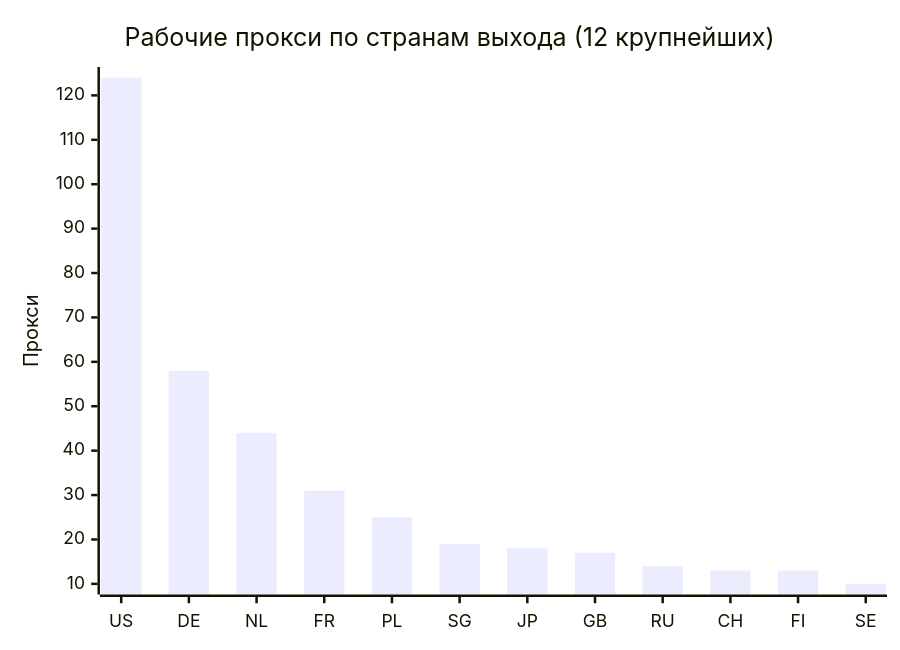
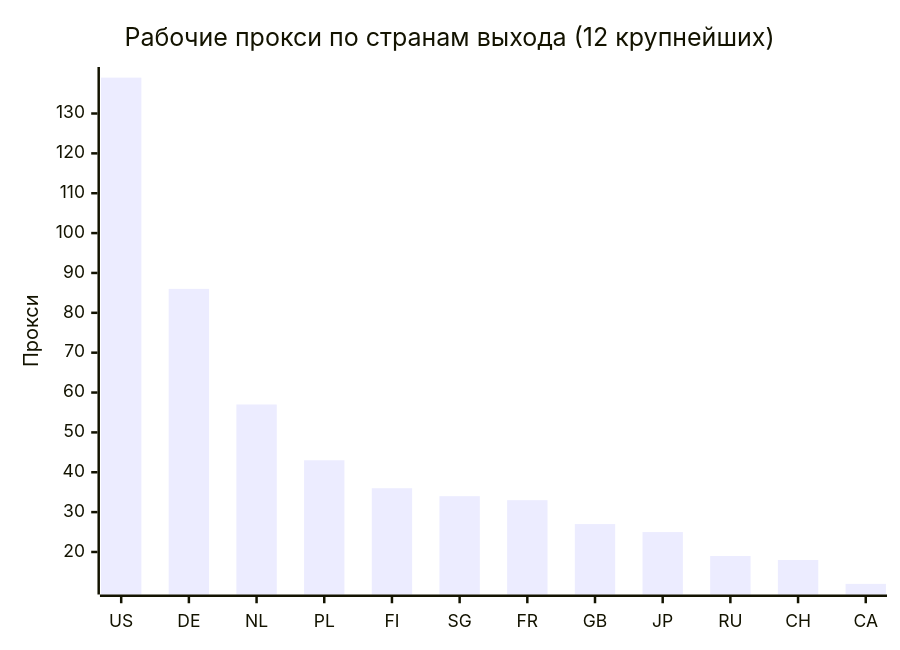
One commit to rvvg/proxy-subs changed the second of 4 diagrams in README.md. Above: the diagram before and after it, drawn with Mermaid. The commit also changed other lines of this file and 54 other files, not shown here.

````diff
--- a/README.md
+++ b/README.md
@@ -130,7 +135,7 @@
 ```mermaid
 xychart-beta
     title "Рабочие прокси по странам выхода (12 крупнейших)"
-    x-axis ["US", "DE", "NL", "FR", "PL", "SG", "JP", "GB", "RU", "CH", "FI", "SE"]
+    x-axis ["US", "DE", "NL", "PL", "FI", "SG", "FR", "GB", "JP", "RU", "CH", "CA"]
     y-axis "Прокси"
-    bar [124, 58, 44, 31, 25, 19, 18, 17, 14, 13, 13, 10]
+    bar [139, 86, 57, 43, 36, 34, 33, 27, 25, 19, 18, 12]
 ```
````
